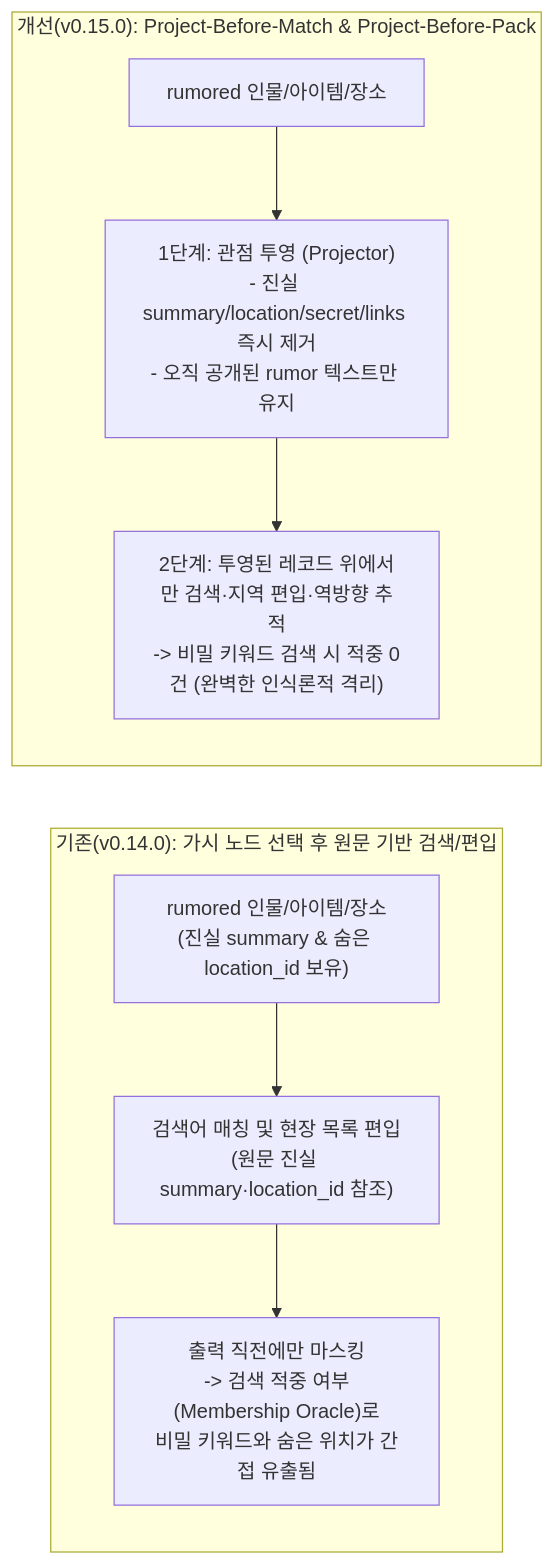
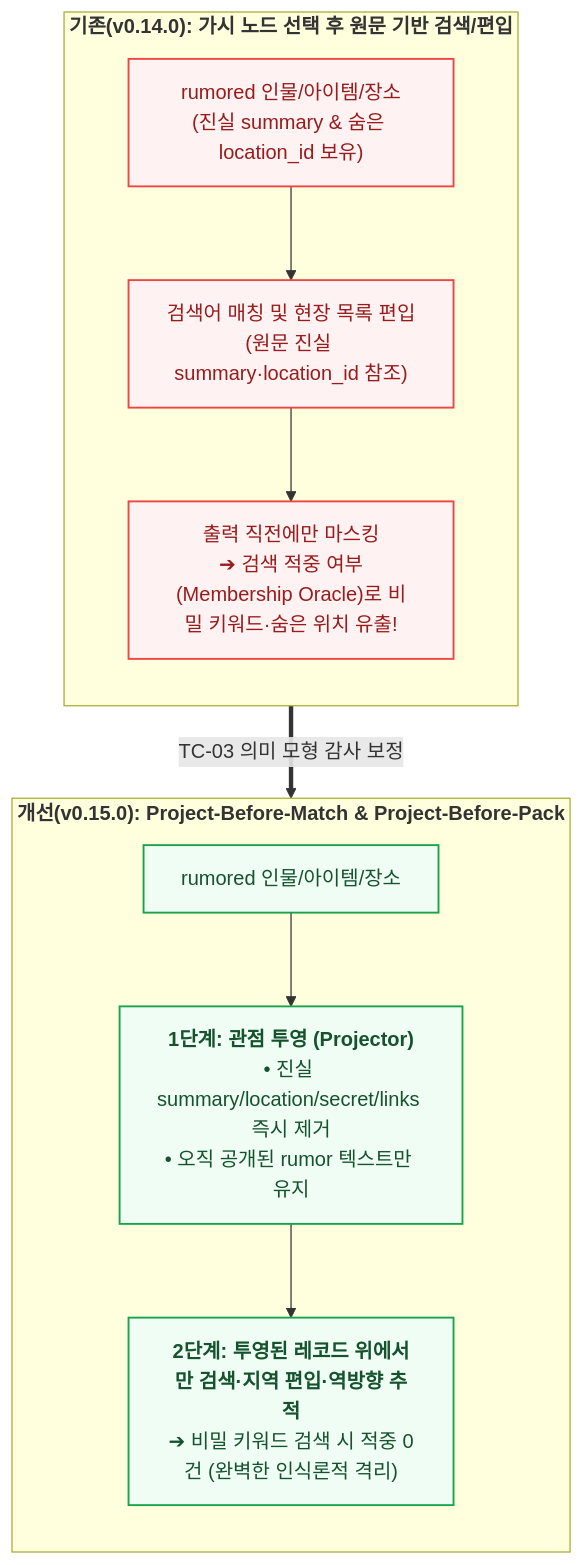
Before and after one commit to tomato-vault/tomato-vault.github.io: the second of 2 diagrams in _deep_dives/ontology-engineering/trpg-world-canon.md, drawn with Mermaid. The commit also changed other lines of this file and 19 other files, not shown here.

First line of the commit message:
Refactor ontology engineering documentation with enhanced diagrams and clarity

````diff
--- a/_deep_dives/ontology-engineering/trpg-world-canon.md
+++ b/_deep_dives/ontology-engineering/trpg-world-canon.md
@@ -199,12 +204,19 @@
 ```mermaid
-flowchart LR
-    subgraph OLD ["기존(v0.14.0): 가시 노드 선택 후 원문 기반 검색/편입"]
-        O1["rumored 인물/아이템/장소\n(진실 summary & 숨은 location_id 보유)"] --> O2["검색어 매칭 및 현장 목록 편입\n(원문 진실 summary·location_id 참조)"]
-        O2 --> O3["출력 직전에만 마스킹\n-> 검색 적중 여부(Membership Oracle)로\n비밀 키워드와 숨은 위치가 간접 유출됨"]
+flowchart TB
+    classDef badStyle fill:#fef2f2,stroke:#ef4444,stroke-width:1.5px,color:#991b1b
+    classDef goodStyle fill:#f0fdf4,stroke:#16a34a,stroke-width:1.5px,color:#14532d
+
+    subgraph OLD ["<b>기존(v0.14.0): 가시 노드 선택 후 원문 기반 검색/편입</b>"]
+        direction TB
+        O1["rumored 인물/아이템/장소<br/>(진실 summary & 숨은 location_id 보유)"]:::badStyle --> O2["검색어 매칭 및 현장 목록 편입<br/>(원문 진실 summary·location_id 참조)"]:::badStyle
+        O2 --> O3["출력 직전에만 마스킹<br/>➔ 검색 적중 여부(Membership Oracle)로 비밀 키워드·숨은 위치 유출!"]:::badStyle
     end
 
-    subgraph NEW ["개선(v0.15.0): Project-Before-Match & Project-Before-Pack"]
-        N1["rumored 인물/아이템/장소"] --> N2["1단계: 관점 투영 (Projector)\n- 진실 summary/location/secret/links 즉시 제거\n- 오직 공개된 rumor 텍스트만 유지"]
-        N2 --> N3["2단계: 투영된 레코드 위에서만 검색·지역 편입·역방향 추적\n-> 비밀 키워드 검색 시 적중 0건 (완벽한 인식론적 격리)"]
+    subgraph NEW ["<b>개선(v0.15.0): Project-Before-Match & Project-Before-Pack</b>"]
+        direction TB
+        N1["rumored 인물/아이템/장소"]:::goodStyle --> N2["<b>1단계: 관점 투영 (Projector)</b><br/>• 진실 summary/location/secret/links 즉시 제거<br/>• 오직 공개된 rumor 텍스트만 유지"]:::goodStyle
+        N2 --> N3["<b>2단계: 투영된 레코드 위에서만 검색·지역 편입·역방향 추적</b><br/>➔ 비밀 키워드 검색 시 적중 0건 (완벽한 인식론적 격리)"]:::goodStyle
     end
+
+    OLD ==>|"TC-03 의미 모형 감사 보정"| NEW
 ```
````
